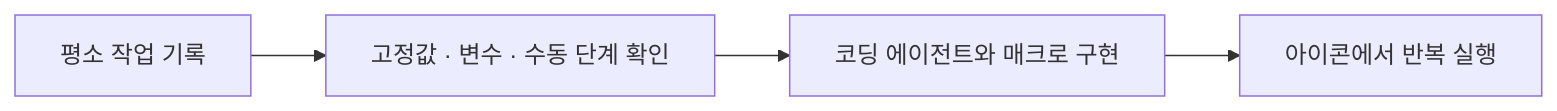
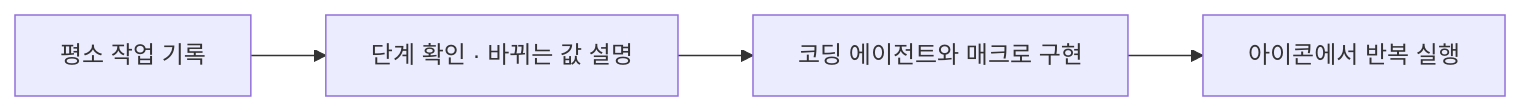
Before and after one commit to hoonably/macro-studio: the diagram in README.md, drawn with Mermaid. The commit also changed other lines of this file and 58 other files, not shown here.

````diff
--- a/README.md
+++ b/README.md
@@ -15,6 +15,6 @@
 ```mermaid
 flowchart LR
-  A[평소 작업 기록] --> B[고정값 · 변수 · 수동 단계 확인]
+  A[평소 작업 기록] --> B[단계 확인 · 바뀌는 값 설명]
   B --> C[코딩 에이전트와 매크로 구현]
   C --> D[아이콘에서 반복 실행]
 ```
````
